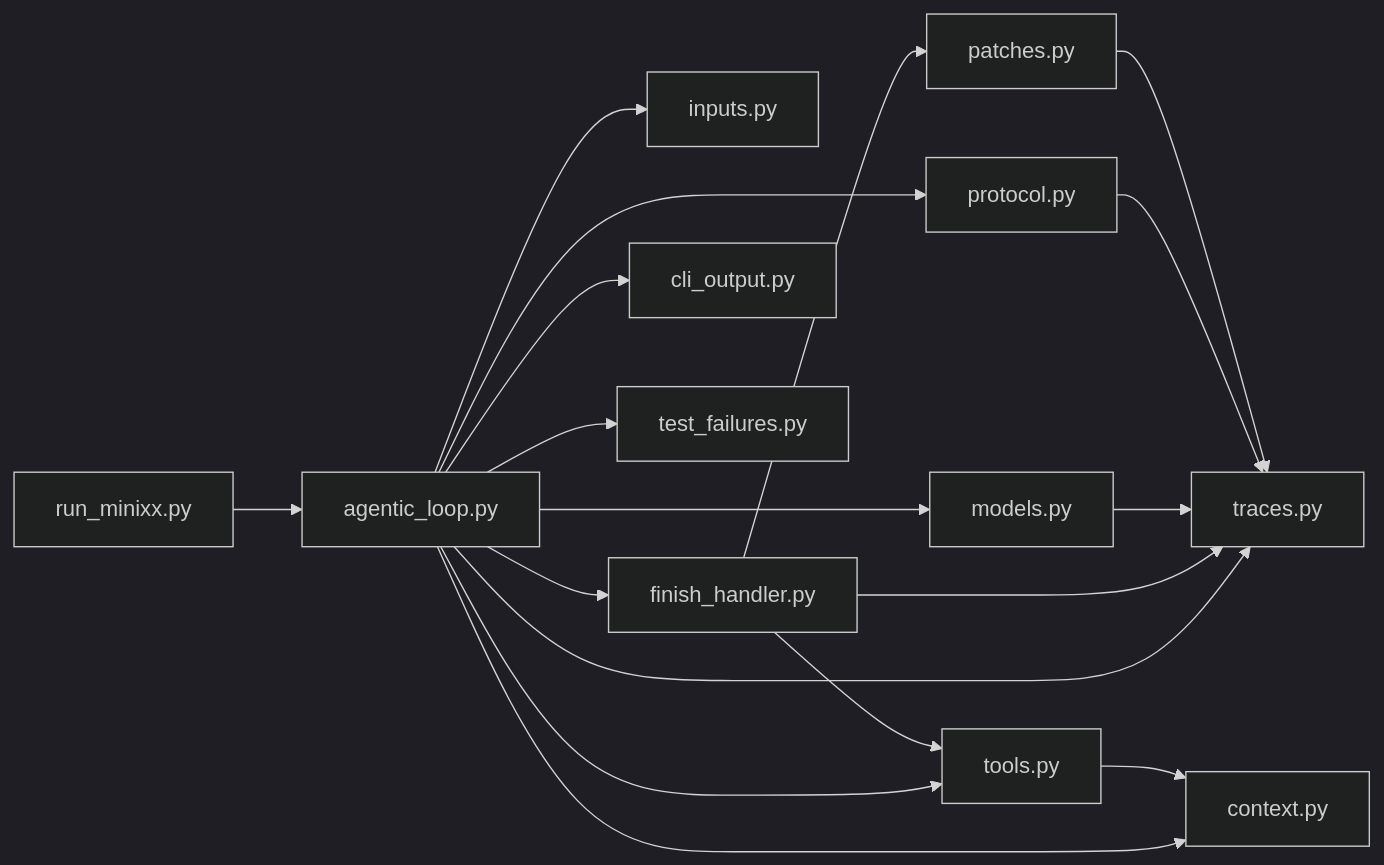
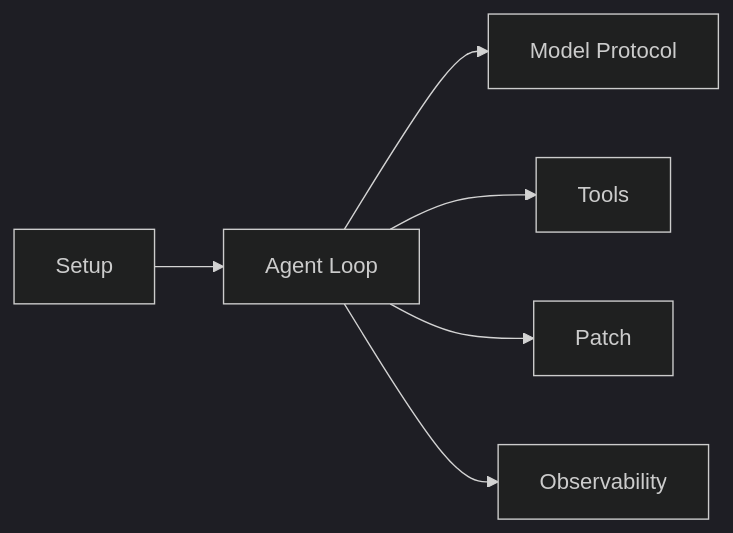
One commit to mtov/minixx changed the second of 2 diagrams in README.md. Above: the diagram before and after it, drawn with Mermaid (dark theme). The commit also changed other lines of this file, not shown here.

Commit message:
docs: refine README architecture and execution details

````diff
--- a/README.md
+++ b/README.md
@@ -224,20 +225,8 @@
 ```mermaid
 flowchart LR
-    A[run_minixx.py] --> B[agentic_loop.py]
-    B --> C[inputs.py]
-    B --> D[models.py]
-    B --> E[protocol.py]
-    B --> F[tools.py]
-    B --> G[finish_handler.py]
-    B --> H[cli_output.py]
-    B --> I[test_failures.py]
-    B --> J[traces.py]
-    B --> K[context.py]
-    F --> K
-    G --> L[patches.py]
-    G --> F
-    G --> J
-    D --> J
-    E --> J
-    L --> J
+    A[Setup] --> B[Agent Loop]
+    B --> C[Model Protocol]
+    B --> D[Tools]
+    B --> E[Patch]
+    B --> F[Observability]
 ```
````
